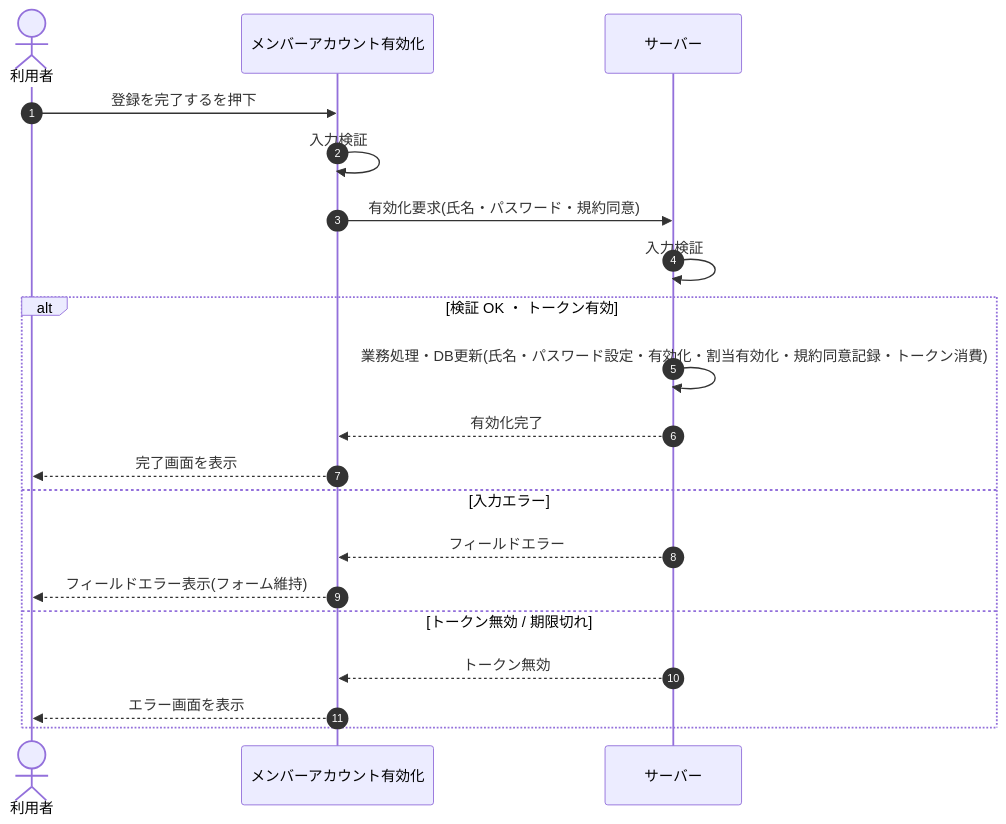
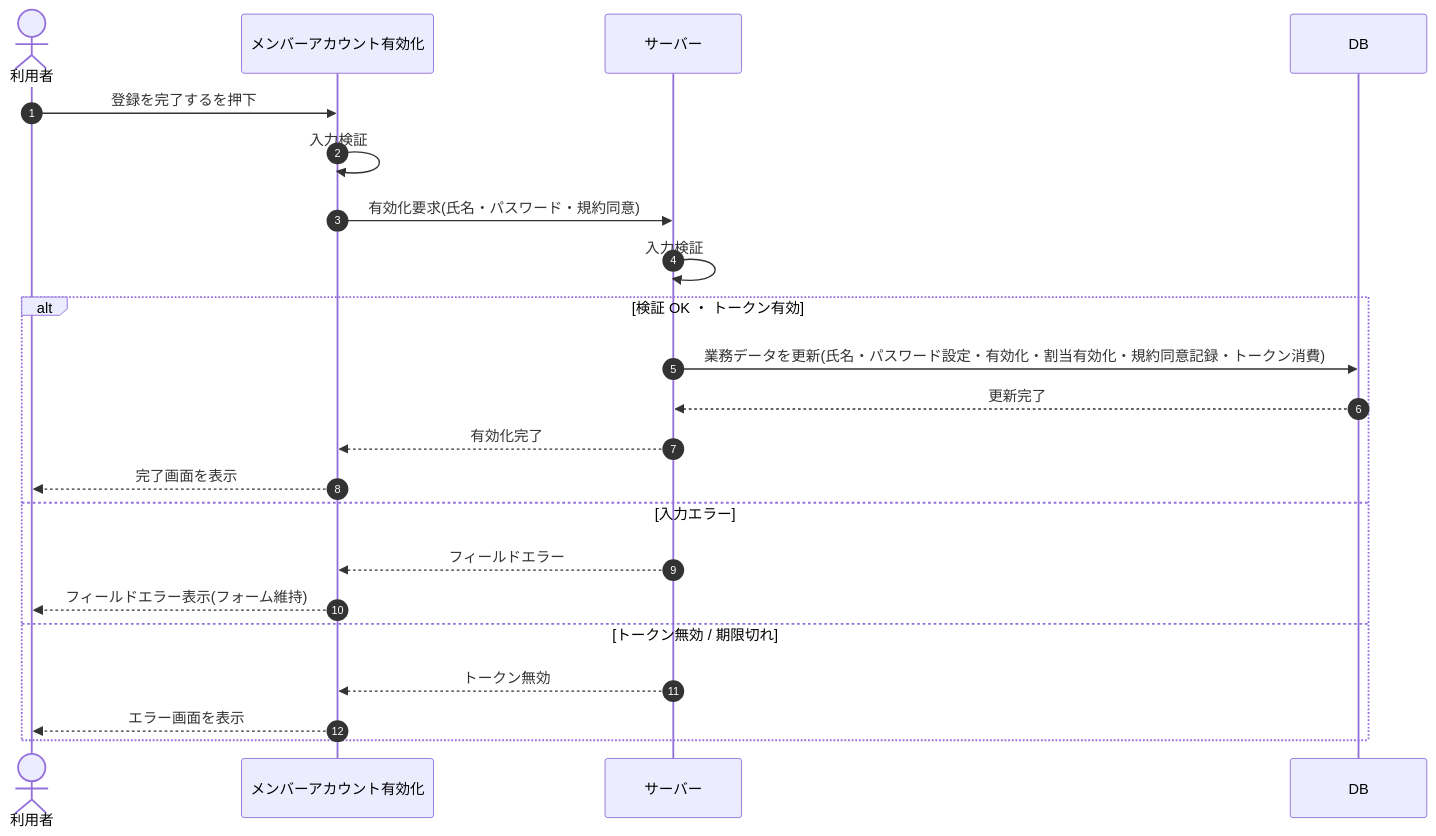
The diagram in 02_basic_design/03_sequences/SEQ-074.md (sikakou54/open-faq), drawn with Mermaid before and after one commit. The commit also changed other lines of this file and 122 other files, not shown here.

First line of the commit message:
シーケンス図に DB アクターを追加(DB 操作をサーバー自己メッセージから分離)

````diff
--- a/02_basic_design/03_sequences/SEQ-074.md
+++ b/02_basic_design/03_sequences/SEQ-074.md
@@ -26,22 +26,24 @@
 ```mermaid
 sequenceDiagram
   autonumber
   actor U as 利用者
   participant Screen as メンバーアカウント有効化
   participant Server as サーバー
+  participant DB as DB
   U->>Screen: 登録を完了するを押下
   Screen->>Screen: 入力検証
   Screen->>Server: 有効化要求(氏名・パスワード・規約同意)
   Server->>Server: 入力検証
   alt 検証 OK ・ トークン有効
-    Server->>Server: 業務処理・DB更新(氏名・パスワード設定・有効化・割当有効化・規約同意記録・トークン消費)
+    Server->>DB: 業務データを更新(氏名・パスワード設定・有効化・割当有効化・規約同意記録・トークン消費)
+    DB-->>Server: 更新完了
     Server-->>Screen: 有効化完了
     Screen-->>U: 完了画面を表示
   else 入力エラー
     Server-->>Screen: フィールドエラー
     Screen-->>U: フィールドエラー表示(フォーム維持)
   else トークン無効 / 期限切れ
     Server-->>Screen: トークン無効
     Screen-->>U: エラー画面を表示
   end
 ```
````
